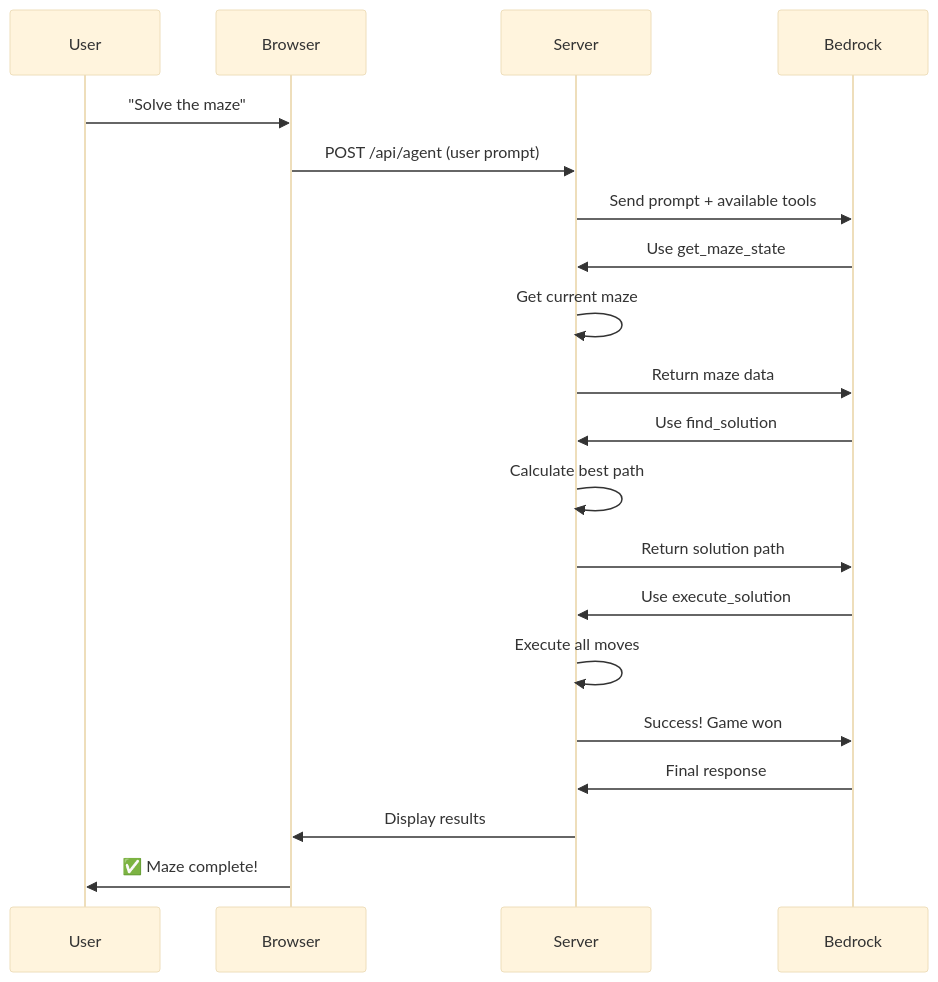
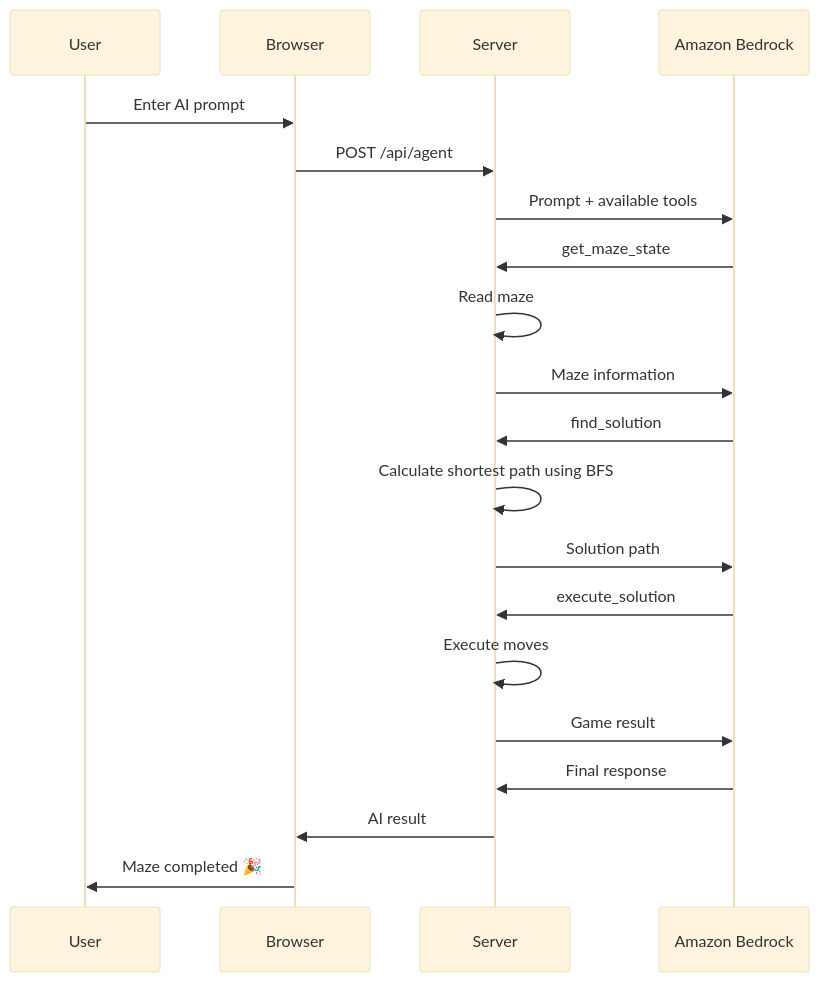
Before and after one commit to Md-Zubair677/MAZE_Game: the second of 2 diagrams in README.md, drawn with Mermaid (base theme). The commit also changed other lines of this file, not shown here.

First line of the commit message:
Revise README for Maze Escape project

````diff
--- a/README.md
+++ b/README.md
@@ -89,23 +145,30 @@
 ```mermaid
 sequenceDiagram
-    participant User
-    participant Browser
-    participant Server
-    participant Bedrock
-    
-    User->>Browser: "Solve the maze"
-    Browser->>Server: POST /api/agent (user prompt)
-    Server->>Bedrock: Send prompt + available tools
-    Bedrock->>Server: Use get_maze_state
-    Server->>Server: Get current maze
-    Server->>Bedrock: Return maze data
-    Bedrock->>Server: Use find_solution
-    Server->>Server: Calculate best path
-    Server->>Bedrock: Return solution path
-    Bedrock->>Server: Use execute_solution
-    Server->>Server: Execute all moves
-    Server->>Bedrock: Success! Game won
-    Bedrock->>Server: Final response
-    Server->>Browser: Display results
-    Browser->>User: ✅ Maze complete!
+    participant U as User
+    participant B as Browser
+    participant S as Server
+    participant A as Amazon Bedrock
+
+    U->>B: Enter AI prompt
+    B->>S: POST /api/agent
+    S->>A: Prompt + available tools
+
+    A->>S: get_maze_state
+    S->>S: Read maze
+
+    S->>A: Maze information
+
+    A->>S: find_solution
+    S->>S: Calculate shortest path using BFS
+
+    S->>A: Solution path
+
+    A->>S: execute_solution
+    S->>S: Execute moves
+
+    S->>A: Game result
+    A->>S: Final response
+
+    S->>B: AI result
+    B->>U: Maze completed 🎉
 ```
````
